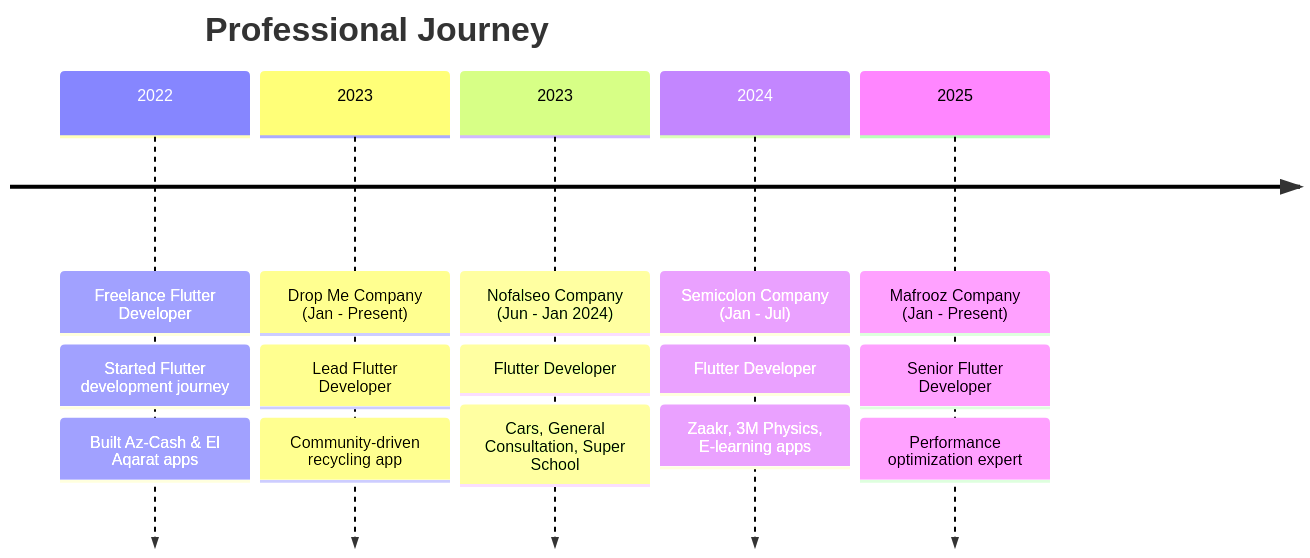
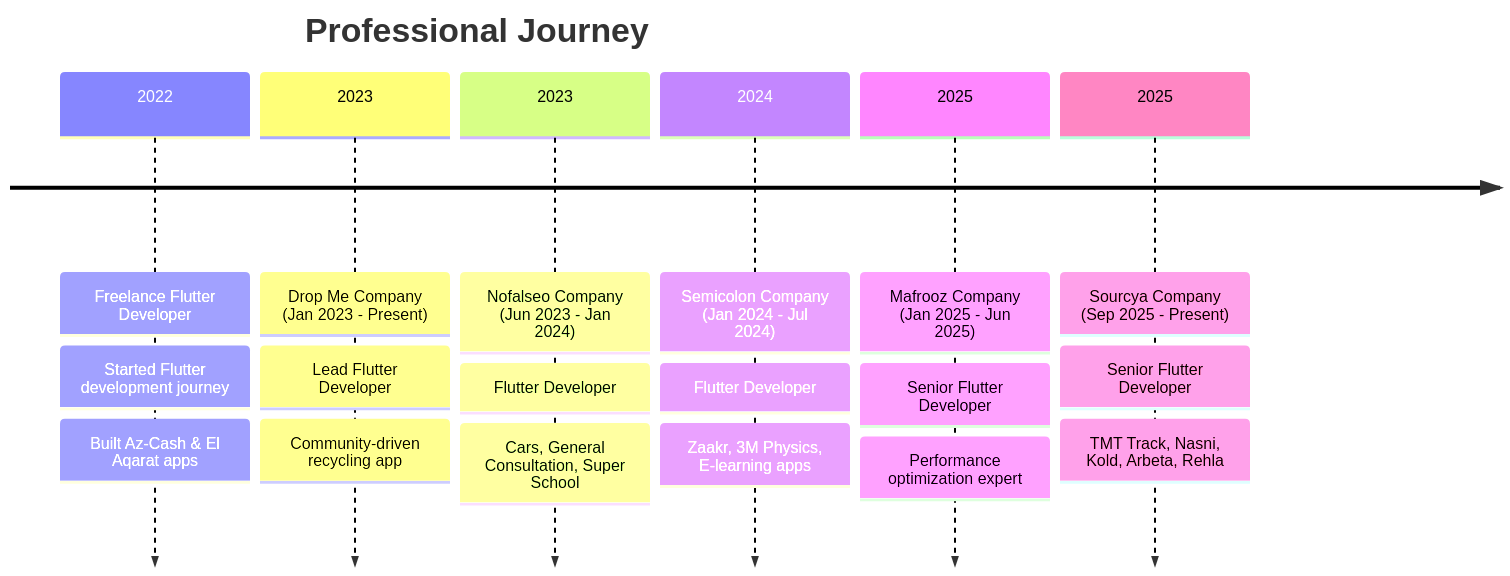
Before and after one commit to OmarSaeed20/OmarSaeed20: the second of 4 diagrams in README.md, drawn with Mermaid. The commit also changed other lines of this file, not shown here.

````diff
--- a/README.md
+++ b/README.md
@@ -111,24 +134,28 @@
 ```mermaid
 timeline
     title Professional Journey
     
     2022 : Freelance Flutter Developer
          : Started Flutter development journey
          : Built Az-Cash & El Aqarat apps
     
-    2023 : Drop Me Company (Jan - Present)
+    2023 : Drop Me Company (Jan 2023 - Present)
          : Lead Flutter Developer
          : Community-driven recycling app
     
-    2023 : Nofalseo Company (Jun - Jan 2024)
+    2023 : Nofalseo Company (Jun 2023 - Jan 2024)
          : Flutter Developer
          : Cars, General Consultation, Super School
     
-    2024 : Semicolon Company (Jan - Jul)
+    2024 : Semicolon Company (Jan 2024 - Jul 2024)
          : Flutter Developer
          : Zaakr, 3M Physics, E-learning apps
     
-    2025 : Mafrooz Company (Jan - Present)
+    2025 : Mafrooz Company (Jan 2025 - Jun 2025)
          : Senior Flutter Developer
          : Performance optimization expert
+    
+    2025 : Sourcya Company (Sep 2025 - Present)
+         : Senior Flutter Developer
+         : TMT Track, Nasni, Kold, Arbeta, Rehla
 ```
````
